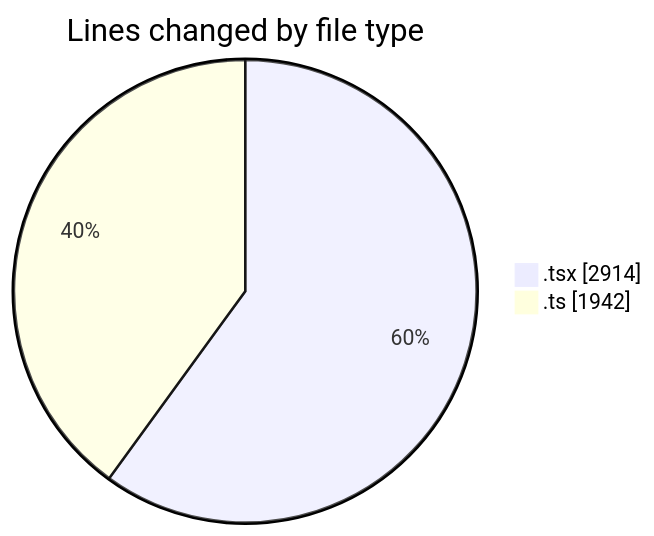
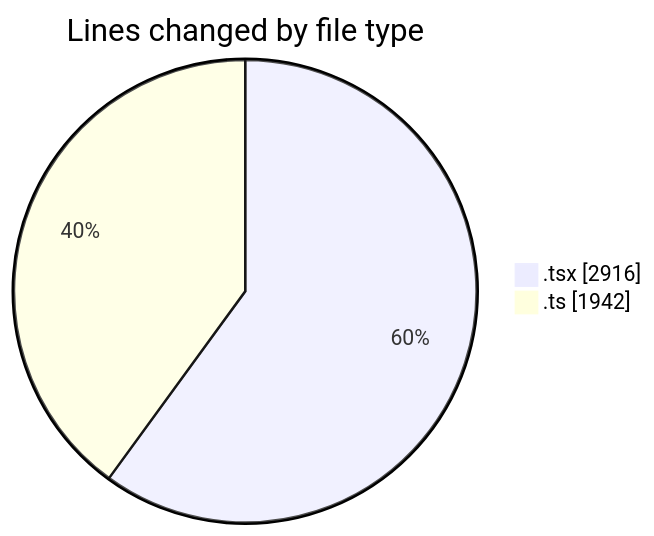
One commit to nxtqubesakshisongat/code-tracking changed the first of 2 diagrams in 2026-02-20/nxtqube_webapp/README.md. Above: the diagram before and after it, drawn with Mermaid. The commit also changed other lines of this file and 1 other file, not shown here.

````diff
--- a/2026-02-20/nxtqube_webapp/README.md
+++ b/2026-02-20/nxtqube_webapp/README.md
@@ -31,6 +31,6 @@
 ```mermaid
 pie showData
 title Lines changed by file type
-".tsx" : 2914
+".tsx" : 2916
 ".ts" : 1942
 ```
````
